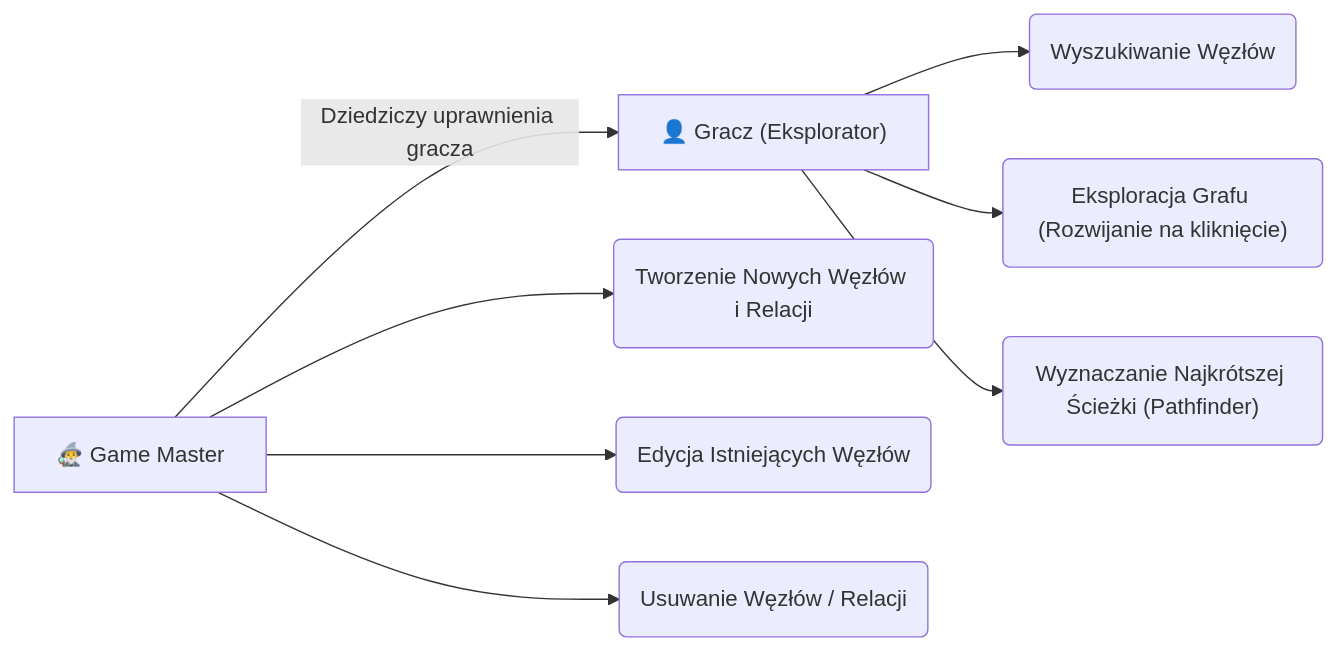
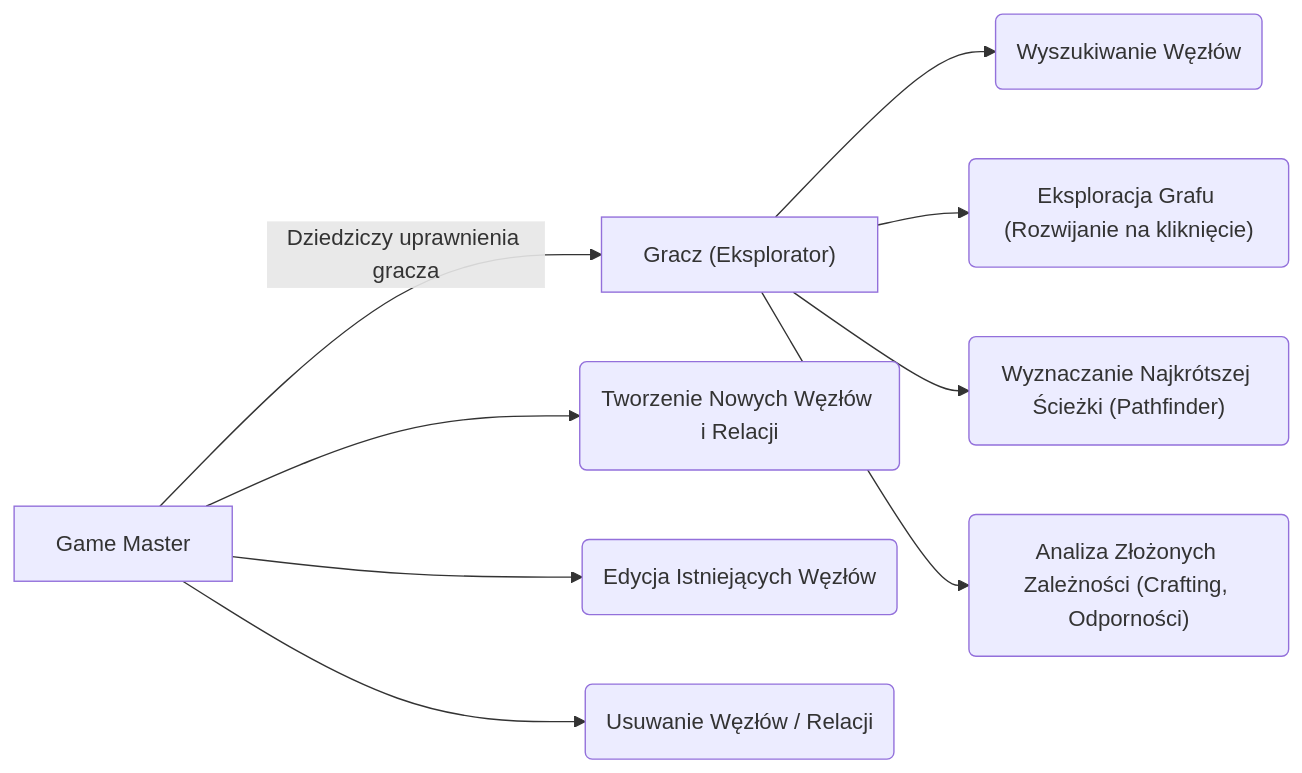
Before and after one commit to kurliko/RPG-graph-project: the first of 3 diagrams in README.md, drawn with Mermaid. The commit also changed other lines of this file, not shown here.

Commit message:
docs(project): refine UML diagrams layout and add complex analysis use case

````diff
--- a/README.md
+++ b/README.md
@@ -131,24 +131,26 @@
 ```mermaid
 flowchart LR
     %% Aktorzy
-    Gracz["👤 Gracz (Eksplorator)"]
-    GM["🧙‍♂️ Game Master"]
+    Gracz["Gracz (Eksplorator)"]
+    GM["Game Master"]
 
     %% Przypadki uzycia
     UC1("Wyszukiwanie Węzłów")
     UC2("Eksploracja Grafu (Rozwijanie na kliknięcie)")
     UC3("Wyznaczanie Najkrótszej Ścieżki (Pathfinder)")
+    UC7("Analiza Złożonych Zależności (Crafting, Odporności)")
     UC4("Tworzenie Nowych Węzłów i Relacji")
     UC5("Edycja Istniejących Węzłów")
     UC6("Usuwanie Węzłów / Relacji")
 
     %% Relacje
     Gracz --> UC1
     Gracz --> UC2
     Gracz --> UC3
+    Gracz --> UC7
     
     GM -- "Dziedziczy uprawnienia gracza" --> Gracz
     GM --> UC4
     GM --> UC5
     GM --> UC6
 ```
````
